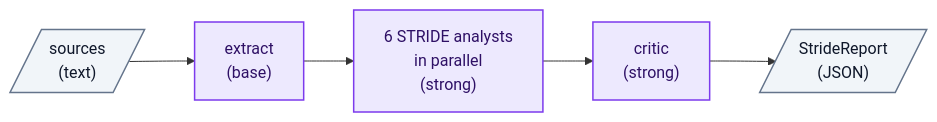
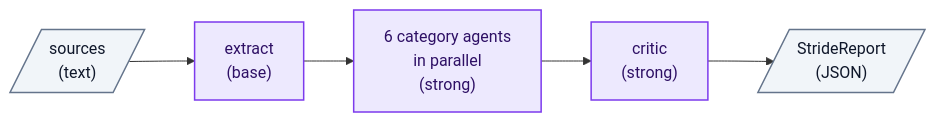
Before and after one commit to mstarks01/work-agent: the diagram in README.md, drawn with Mermaid. The commit also changed other lines of this file and 12 other files, not shown here.

````diff
--- a/README.md
+++ b/README.md
@@ -9,12 +9,12 @@
 ```mermaid
 flowchart LR
     src[/"sources<br/>(text)"/] --> extract["extract<br/>(base)"]
-    extract --> analysts["6 STRIDE analysts<br/>in parallel<br/>(strong)"]
-    analysts --> critic["critic<br/>(strong)"]
+    extract --> analyze["6 category agents<br/>in parallel<br/>(strong)"]
+    analyze --> critic["critic<br/>(strong)"]
     critic --> report[/"StrideReport<br/>(JSON)"/]
 
     classDef io fill:#f1f5f9,stroke:#64748b,stroke-width:1.5px,color:#0f172a
     classDef llm fill:#ede9fe,stroke:#7c3aed,stroke-width:1.5px,color:#2e1065
     class src,report io
-    class extract,analysts,critic llm
+    class extract,analyze,critic llm
 ```
````
